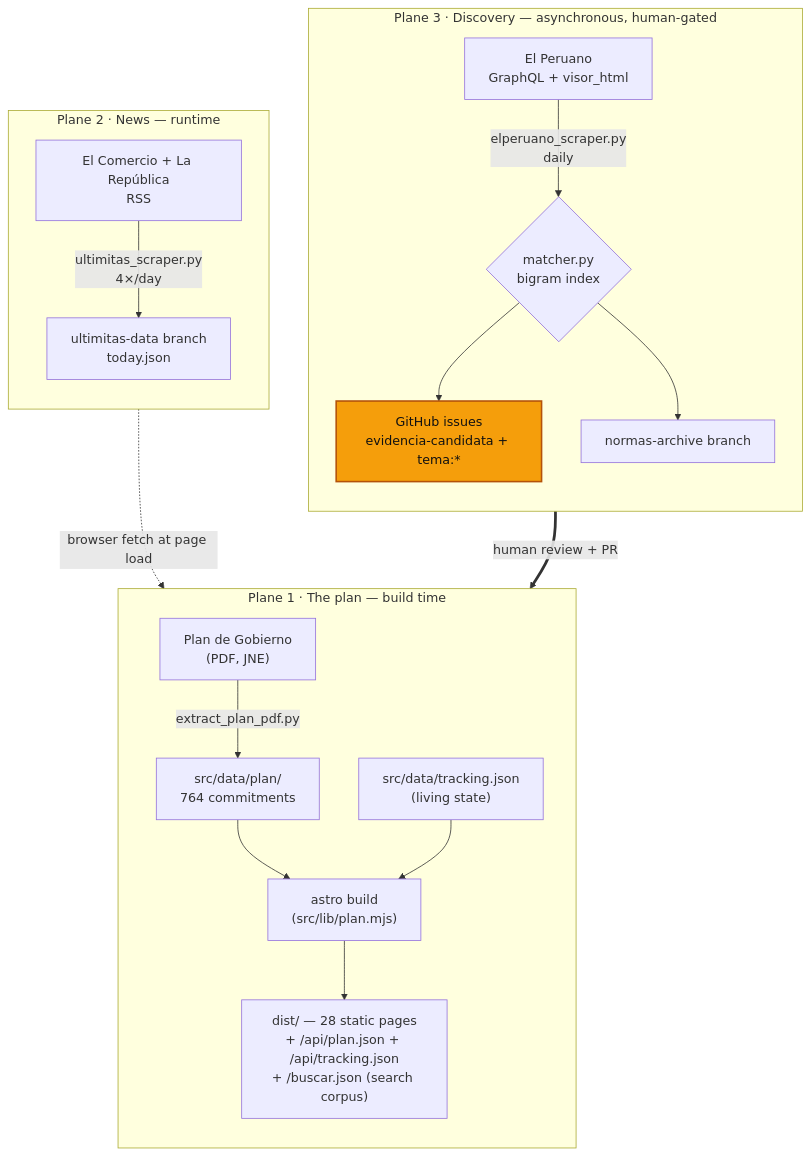
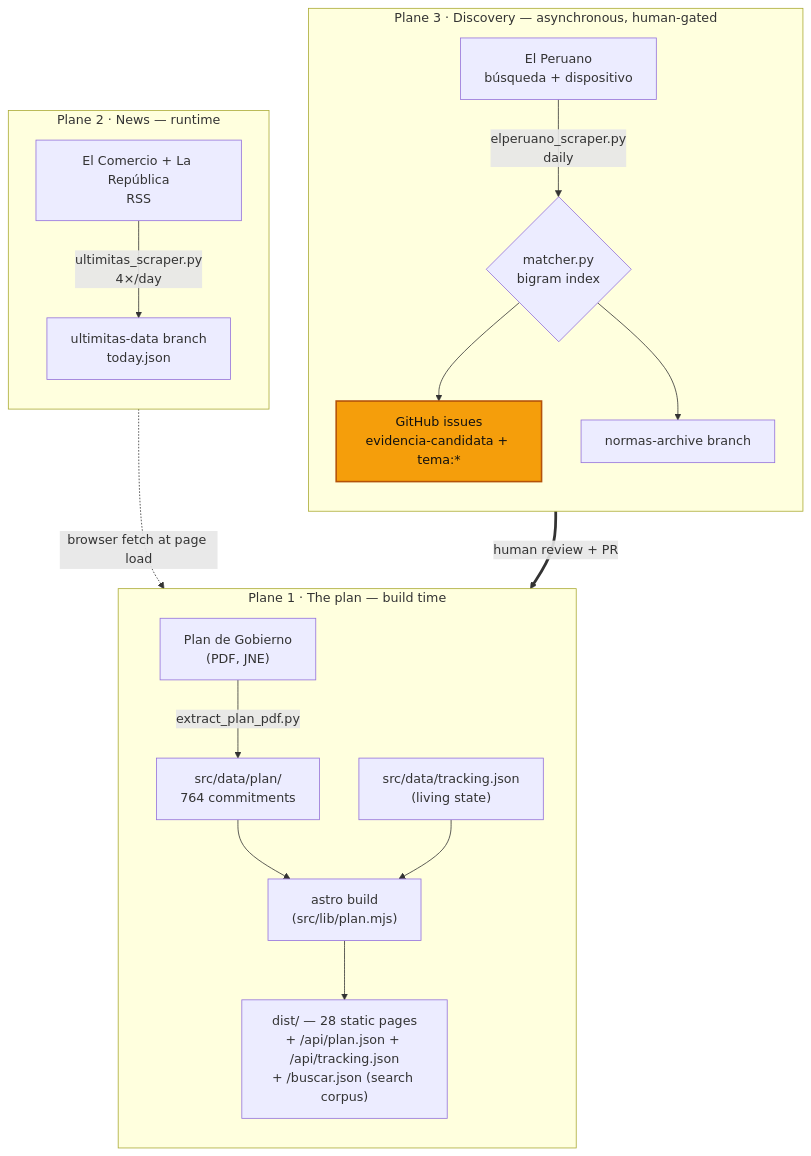
One commit to DianCotrina/keikogobierna changed the diagram in docs/ARCHITECTURE.md. Above: the diagram before and after it, drawn with Mermaid. The commit also changed other lines of this file and 8 other files, not shown here.

````diff
--- a/docs/ARCHITECTURE.md
+++ b/docs/ARCHITECTURE.md
@@ -11,29 +11,29 @@
 ```mermaid
 flowchart TB
     subgraph P3["Plane 3 · Discovery — asynchronous, human-gated"]
         direction TB
-        EP["El Peruano<br/>GraphQL + visor_html"] -->|"elperuano_scraper.py<br/>daily"| MATCH{"matcher.py<br/>bigram index"}
+        EP["El Peruano<br/>búsqueda + dispositivo"] -->|"elperuano_scraper.py<br/>daily"| MATCH{"matcher.py<br/>bigram index"}
         MATCH --> ISSUES["GitHub issues<br/>evidencia-candidata + tema:*"]
         MATCH --> ARCH["normas-archive branch"]
     end
 
     subgraph P2["Plane 2 · News — runtime"]
         direction TB
         EC["El Comercio + La República<br/>RSS"] -->|"ultimitas_scraper.py<br/>4×/day"| UD["ultimitas-data branch<br/>today.json"]
     end
 
     subgraph P1["Plane 1 · The plan — build time"]
         direction TB
         PDF["Plan de Gobierno<br/>(PDF, JNE)"] -->|"extract_plan_pdf.py"| PLAN["src/data/plan/<br/>764 commitments"]
         TRACK["src/data/tracking.json<br/>(living state)"]
         PLAN --> BUILD["astro build<br/>(src/lib/plan.mjs)"]
         TRACK --> BUILD
         BUILD --> DIST["dist/ — 28 static pages<br/>+ /api/plan.json + /api/tracking.json<br/>+ /buscar.json (search corpus)"]
     end
 
     ISSUES ==>|"human review + PR"| TRACK
     UD -.->|"browser fetch at page load"| DIST
 
     classDef human fill:#f59e0b,stroke:#b45309,stroke-width:2px,color:#111
     class ISSUES human
 ```
````
